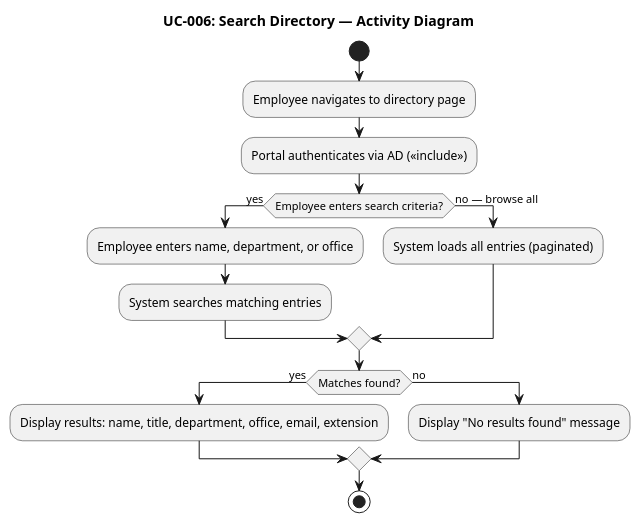
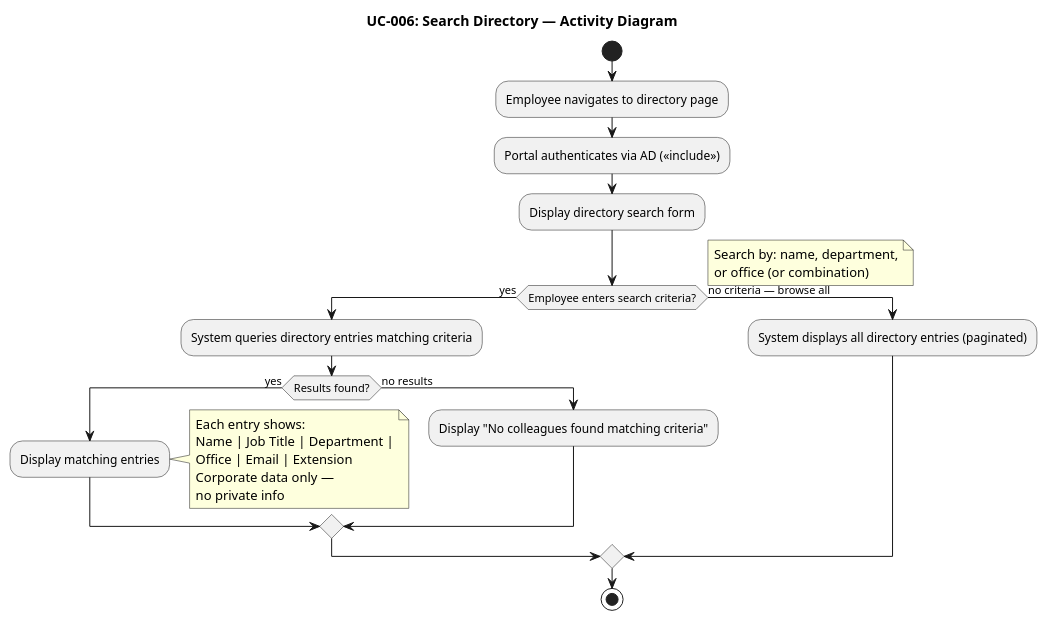
One commit to banense-test/demo-janke-lab changed the ninth of 11 diagrams in docs/artifacts/requirements/use-case-model.md. Above: the diagram before and after it, drawn with PlantUML. The commit also changed other lines of this file, not shown here.

````diff
--- a/docs/artifacts/requirements/use-case-model.md
+++ b/docs/artifacts/requirements/use-case-model.md
@@ -469,21 +607,35 @@
 ```plantuml
 @startuml
 title UC-006: Search Directory — Activity Diagram
 
 start
 :Employee navigates to directory page;
 :Portal authenticates via AD (<<include>>);
+:Display directory search form;
+
 if (Employee enters search criteria?) then (yes)
-  :Employee enters name, department, or office;
-  :System searches matching entries;
-else (no — browse all)
-  :System loads all entries (paginated);
+  note right
+    Search by: name, department,
+    or office (or combination)
+  end note
+  :System queries directory entries matching criteria;
+  if (Results found?) then (yes)
+    :Display matching entries;
+    note right
+      Each entry shows:
+      Name | Job Title | Department |
+      Office | Email | Extension
+      Corporate data only —
+      no private info
+    end note
+  else (no results)
+    :Display "No colleagues found matching criteria";
+  endif
+else (no criteria — browse all)
+  :System displays all directory entries (paginated);
 endif
-if (Matches found?) then (yes)
-  :Display results: name, title, department, office, email, extension;
-else (no)
-  :Display "No results found" message;
-endif
+
 stop
+
 @enduml
 ```
````
